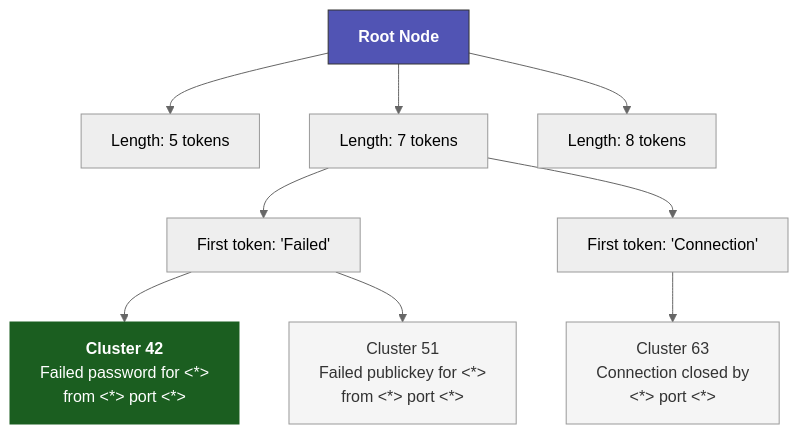
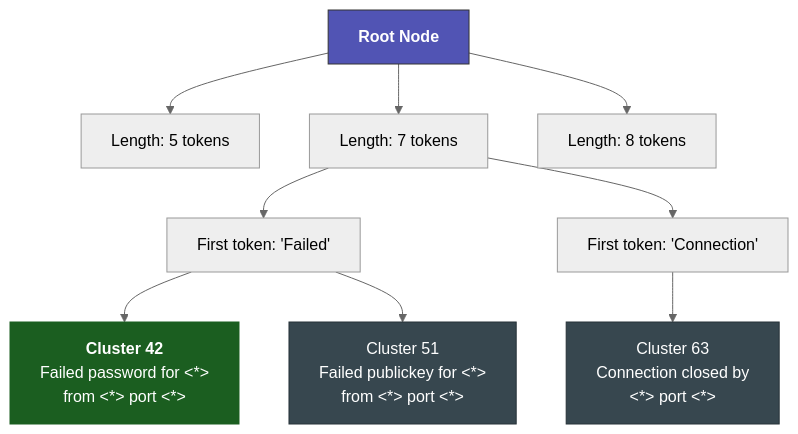
One commit to seerflow/seerflow-guide changed the diagram in docs/architecture/parsing.md. Above: the diagram before and after it, drawn with Mermaid (neutral theme).

Commit message:
fix: high-contrast dark fill with white text on Cluster 51 and Cluster 63 nodes

````diff
--- a/docs/architecture/parsing.md
+++ b/docs/architecture/parsing.md
@@ -35,16 +35,16 @@
 ```mermaid
 graph TD
     Root["<b>Root Node</b>"] --> L5["Length: 5 tokens"]
     Root --> L7["Length: 7 tokens"]
     Root --> L8["Length: 8 tokens"]
     L7 --> Failed["First token: 'Failed'"]
     L7 --> Connection["First token: 'Connection'"]
     Failed --> C42["<b>Cluster 42</b><br/>Failed password for &lt;*&gt;<br/>from &lt;*&gt; port &lt;*&gt;"]
     Failed --> C51["Cluster 51<br/>Failed publickey for &lt;*&gt;<br/>from &lt;*&gt; port &lt;*&gt;"]
     Connection --> C63["Cluster 63<br/>Connection closed by<br/>&lt;*&gt; port &lt;*&gt;"]
 
     style Root fill:#5154B4,stroke:#333,color:#fff
     style C42 fill:#1b5e20,stroke:#1b5e20,color:#fff
-    style C51 fill:#f5f5f5,stroke:#999,color:#333
-    style C63 fill:#f5f5f5,stroke:#999,color:#333
+    style C51 fill:#37474f,stroke:#263238,color:#fff
+    style C63 fill:#37474f,stroke:#263238,color:#fff
 ```
````
